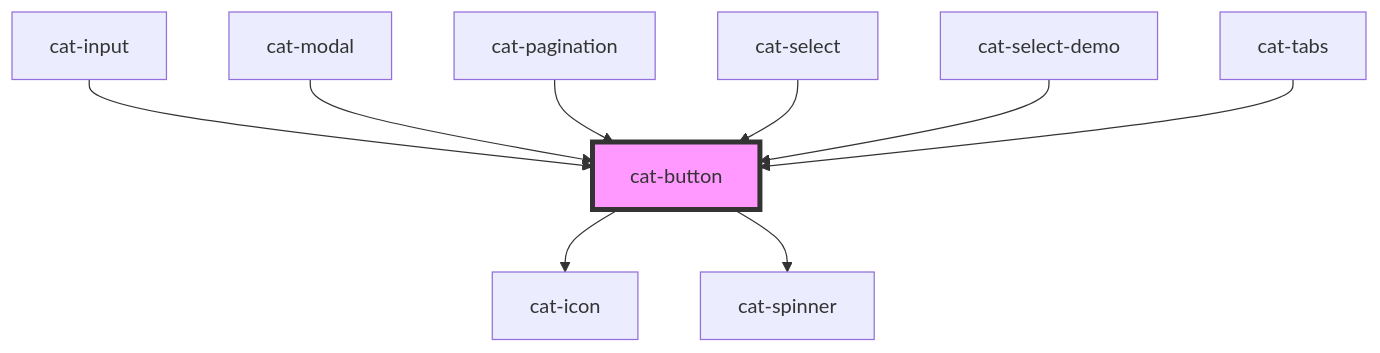
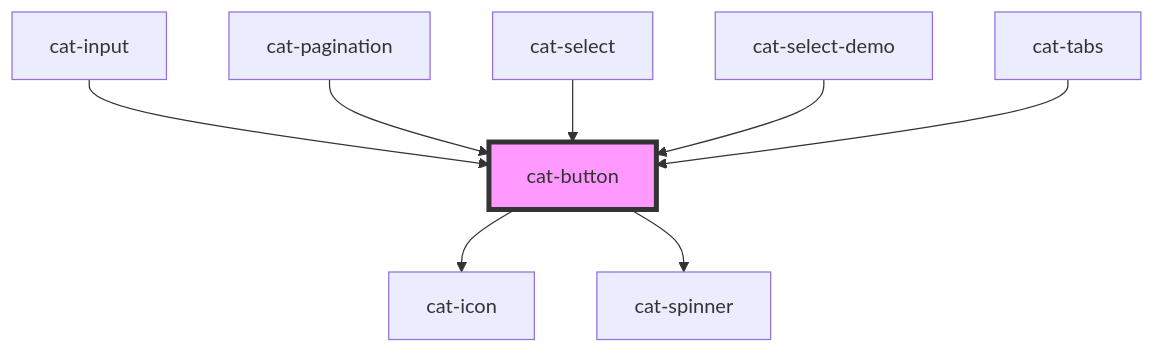
Before and after one commit to haiilo/catalyst: the diagram in core/src/components/cat-button/readme.md, drawn with Mermaid. The commit also changed other lines of this file and 9 other files, not shown here.

Commit message:
feat(core): remove cat-modal

````diff
--- a/core/src/components/cat-button/readme.md
+++ b/core/src/components/cat-button/readme.md
@@ -103,12 +102,11 @@
 ```mermaid
 graph TD;
   cat-button --> cat-icon
   cat-button --> cat-spinner
   cat-input --> cat-button
-  cat-modal --> cat-button
   cat-pagination --> cat-button
   cat-select --> cat-button
   cat-select-demo --> cat-button
   cat-tabs --> cat-button
   style cat-button fill:#f9f,stroke:#333,stroke-width:4px
 ```
````
